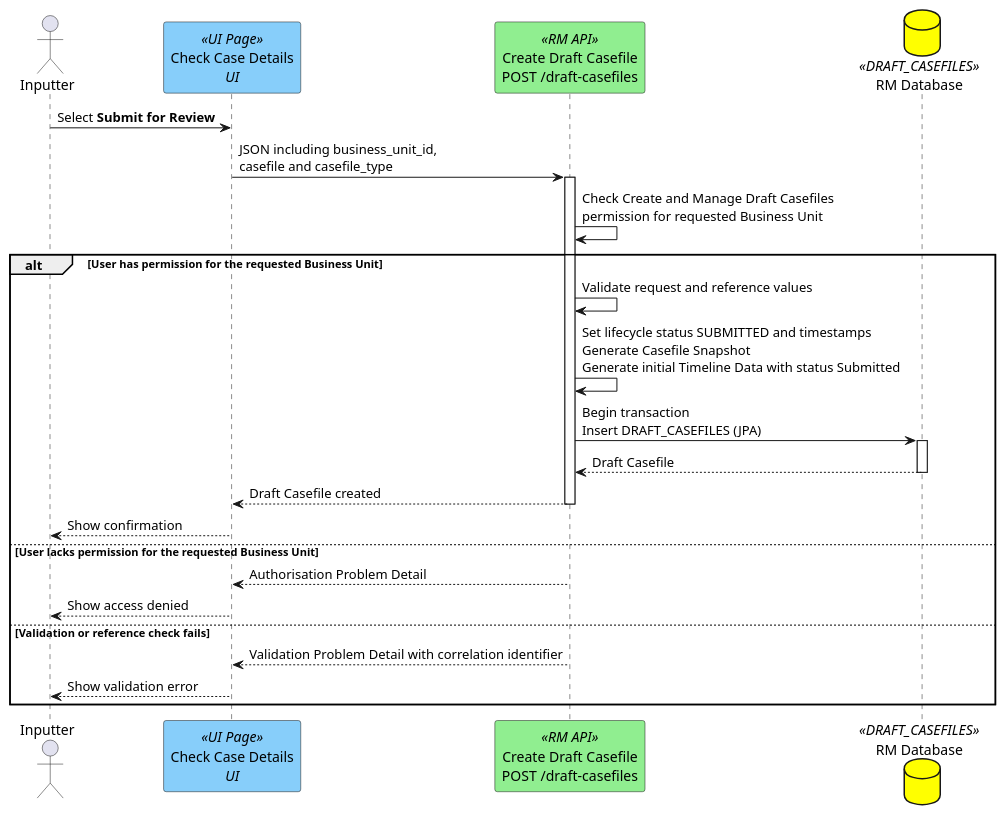
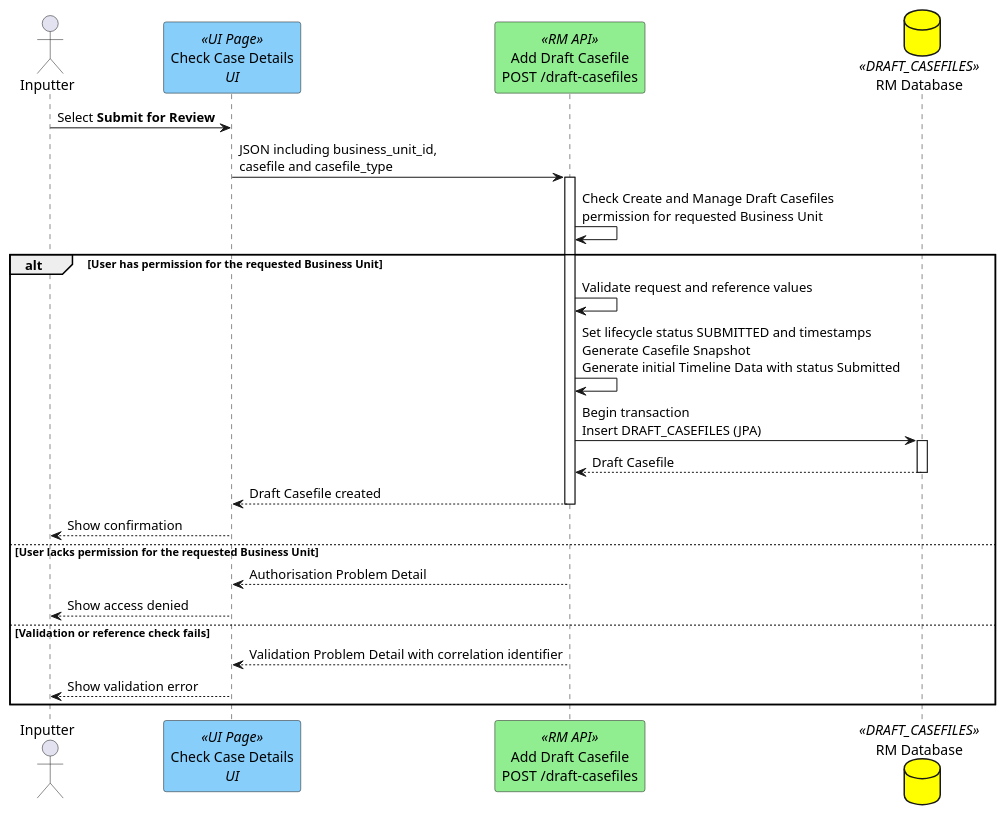
One commit to hmcts/opal-docs changed the diagram in plantUML/rm-create-case-file/create-draft-casefile.puml. Above: the diagram before and after it, drawn with PlantUML. The commit also changed 1 other file, not shown here.

Commit message:
update post wording from Create to Add

```diff
--- a/plantUML/rm-create-case-file/create-draft-casefile.puml
+++ b/plantUML/rm-create-case-file/create-draft-casefile.puml
@@ -1,25 +1,25 @@
 @startuml
 actor "Inputter" as user
 participant "Check Case Details\n<i>UI</i>" as review <<UI Page>> #lightskyblue
-participant "Create Draft Casefile\nPOST /draft-casefiles" as create <<RM API>> #lightgreen
+participant "Add Draft Casefile\nPOST /draft-casefiles" as create <<RM API>> #lightgreen
 database "RM Database" as db <<DRAFT_CASEFILES>> #Yellow
 
 user -> review : Select <b>Submit for Review</b>
 review -> create ++ : JSON including business_unit_id,\ncasefile and casefile_type
 create -> create : Check Create and Manage Draft Casefiles\npermission for requested Business Unit
 
 alt User has permission for the requested Business Unit
   create -> create : Validate request and reference values
   create -> create : Set lifecycle status SUBMITTED and timestamps\nGenerate Casefile Snapshot\nGenerate initial Timeline Data with status Submitted
   create -> db ++ : Begin transaction\nInsert DRAFT_CASEFILES (JPA)
   db --> create -- : Draft Casefile
   create --> review -- : Draft Casefile created
   review --> user : Show confirmation
 else User lacks permission for the requested Business Unit
   create --> review -- : Authorisation Problem Detail
   review --> user : Show access denied
 else Validation or reference check fails
   create --> review -- : Validation Problem Detail with correlation identifier
   review --> user : Show validation error
 end
 @enduml
```
